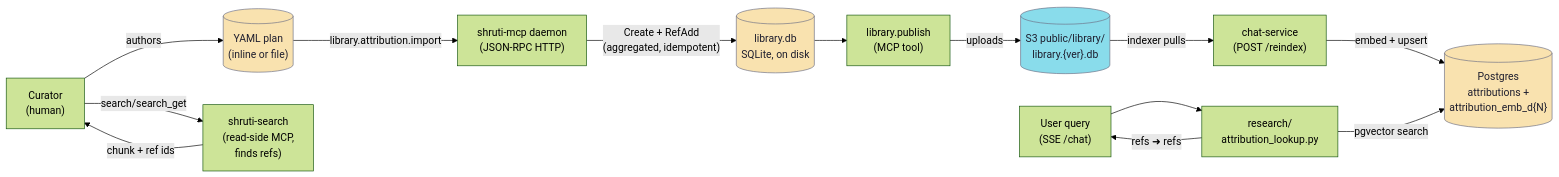
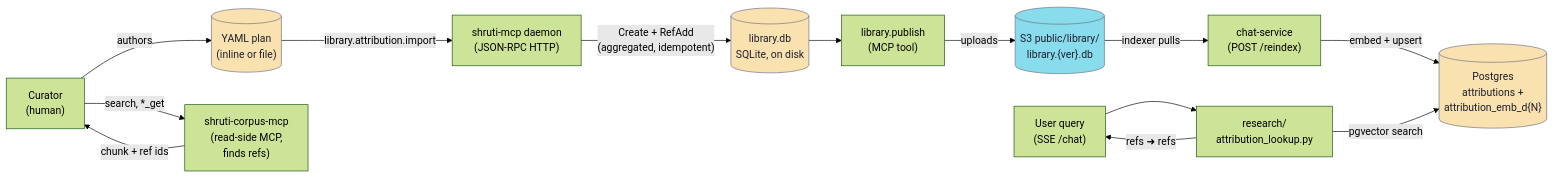
The first of 3 diagrams in docs/repos/shruti/architecture/attribution.md (jiva-studio/shruti), drawn with Mermaid (forest theme) before and after one commit. The commit also changed other lines of this file and 3 other files, not shown here.

First line of the commit message:
docs: finish the search-mcp to shruti-corpus-mcp rename

````diff
--- a/docs/repos/shruti/architecture/attribution.md
+++ b/docs/repos/shruti/architecture/attribution.md
@@ -19,33 +19,33 @@
 ```mermaid
 graph LR
     curator["Curator<br/>(human)"]
     yaml[("YAML plan<br/>(inline or file)")]
-    searchmcp["shruti-search<br/>(read-side MCP,<br/>finds refs)"]
+    searchmcp["shruti-corpus-mcp<br/>(read-side MCP,<br/>finds refs)"]
     mcp["shruti-mcp daemon<br/>(JSON-RPC HTTP)"]
     libdb[("library.db<br/>SQLite, on disk")]
     publish["library.publish<br/>(MCP tool)"]
     s3[("S3 public/library/<br/>library.{ver}.db")]
     chat["chat-service<br/>(POST /reindex)"]
     pg[("Postgres<br/>attributions +<br/>attribution_emb_d{N}")]
     user["User query<br/>(SSE /chat)"]
     lookup["research/<br/>attribution_lookup.py"]
 
     curator -- authors --> yaml
-    curator -- "search/search_get" --> searchmcp
+    curator -- "search, *_get" --> searchmcp
     searchmcp -- "chunk + ref ids" --> curator
     yaml -- "library.attribution.import" --> mcp
     mcp -- "Create + RefAdd<br/>(aggregated, idempotent)" --> libdb
     libdb --> publish
     publish -- uploads --> s3
     s3 -- "indexer pulls" --> chat
     chat -- "embed + upsert" --> pg
     user --> lookup
     lookup -- pgvector search --> pg
     lookup -- "refs ➜ refs" --> user
 
     classDef rw fill:#f9e2af,stroke:#6c7086,color:#1e1e2e;
     classDef ro fill:#a6e3a1,stroke:#6c7086,color:#1e1e2e;
     classDef ext fill:#89dceb,stroke:#6c7086,color:#1e1e2e;
     class yaml,libdb,pg rw;
     class s3 ext;
 ```
````
